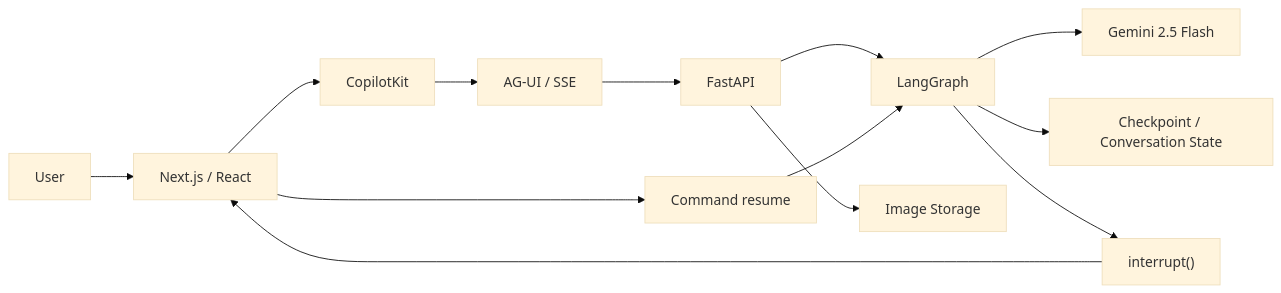
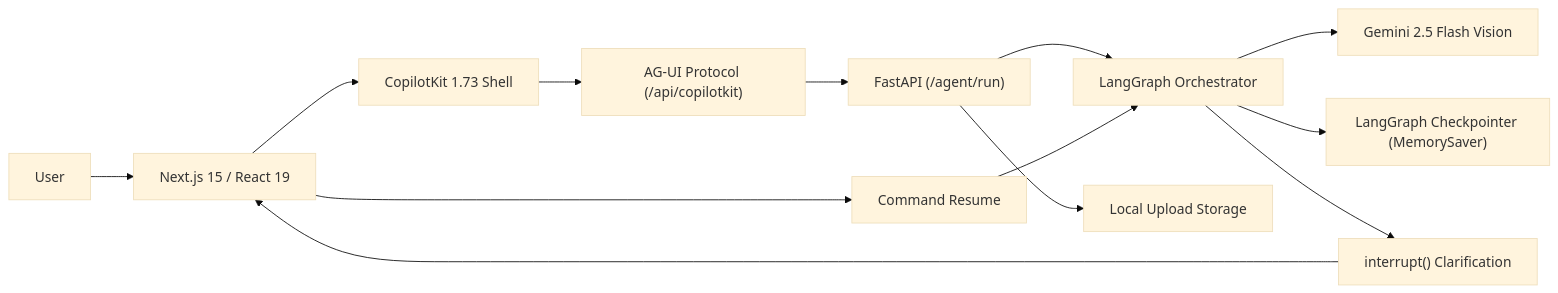
One commit to Ravitheja1289-dot/Visora changed the diagram in README.md. Above: the diagram before and after it, drawn with Mermaid (base theme). The commit also changed other lines of this file and 10 other files, not shown here.

````diff
--- a/README.md
+++ b/README.md
@@ -43,17 +69,16 @@
 ```mermaid
 flowchart LR
-    U[User] --> FE[Next.js / React]
-    FE --> CK[CopilotKit]
-    CK --> AG[AG-UI / SSE]
-    AG --> API[FastAPI]
-    API --> LG[LangGraph]
-    LG --> GM[Gemini 2.5 Flash]
-    API --> IMG[Image Storage]
+    U[User] --> FE[Next.js 15 / React 19]
+    FE --> CK[CopilotKit 1.73 Shell]
+    CK --> AG["AG-UI Protocol (/api/copilotkit)"]
+    AG --> API["FastAPI (/agent/run)"]
+    API --> LG[LangGraph Orchestrator]
+    LG --> GM[Gemini 2.5 Flash Vision]
+    API --> FS[Local Upload Storage]
 
-    LG --> CP[Checkpoint / Conversation State]
-
-    LG --> INT["interrupt()"]
+    LG --> CP["LangGraph Checkpointer (MemorySaver)"]
+    LG --> INT["interrupt() Clarification"]
     INT --> FE
-    FE --> RES[Command resume]
+    FE --> RES[Command Resume]
     RES --> LG
 ```
````
